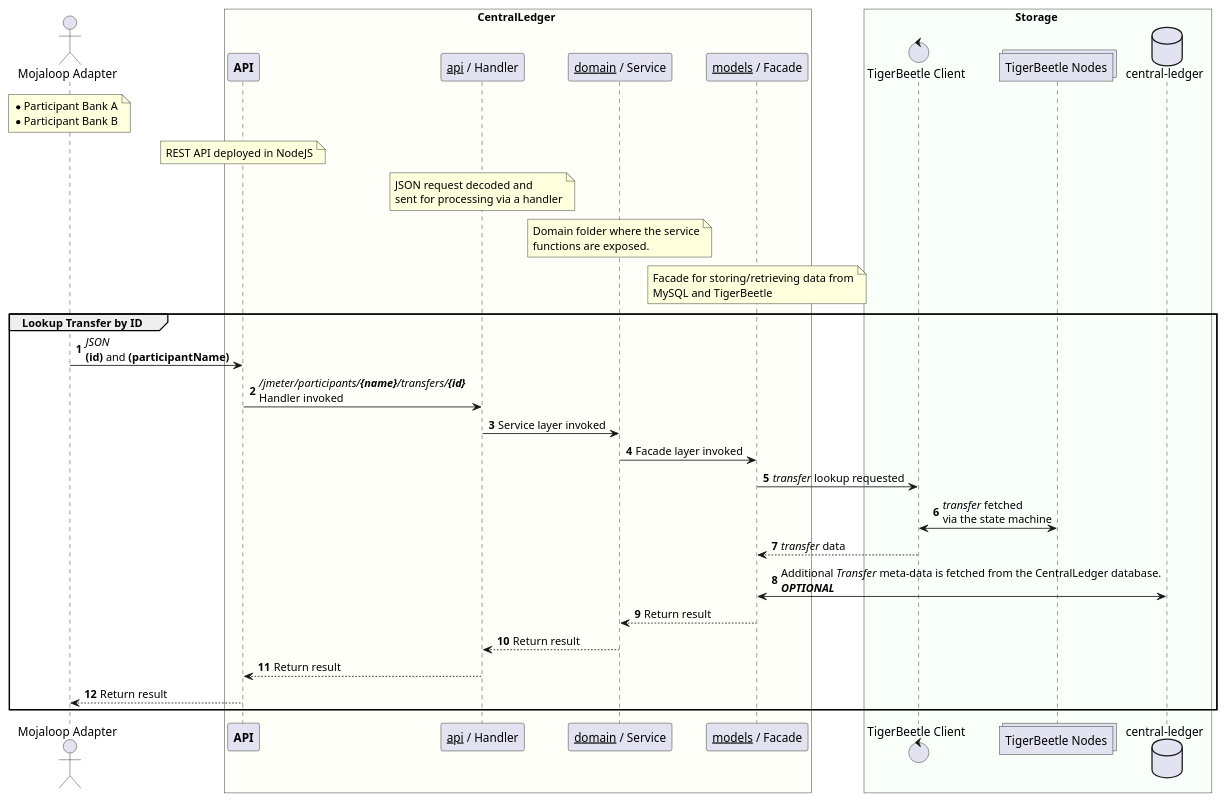
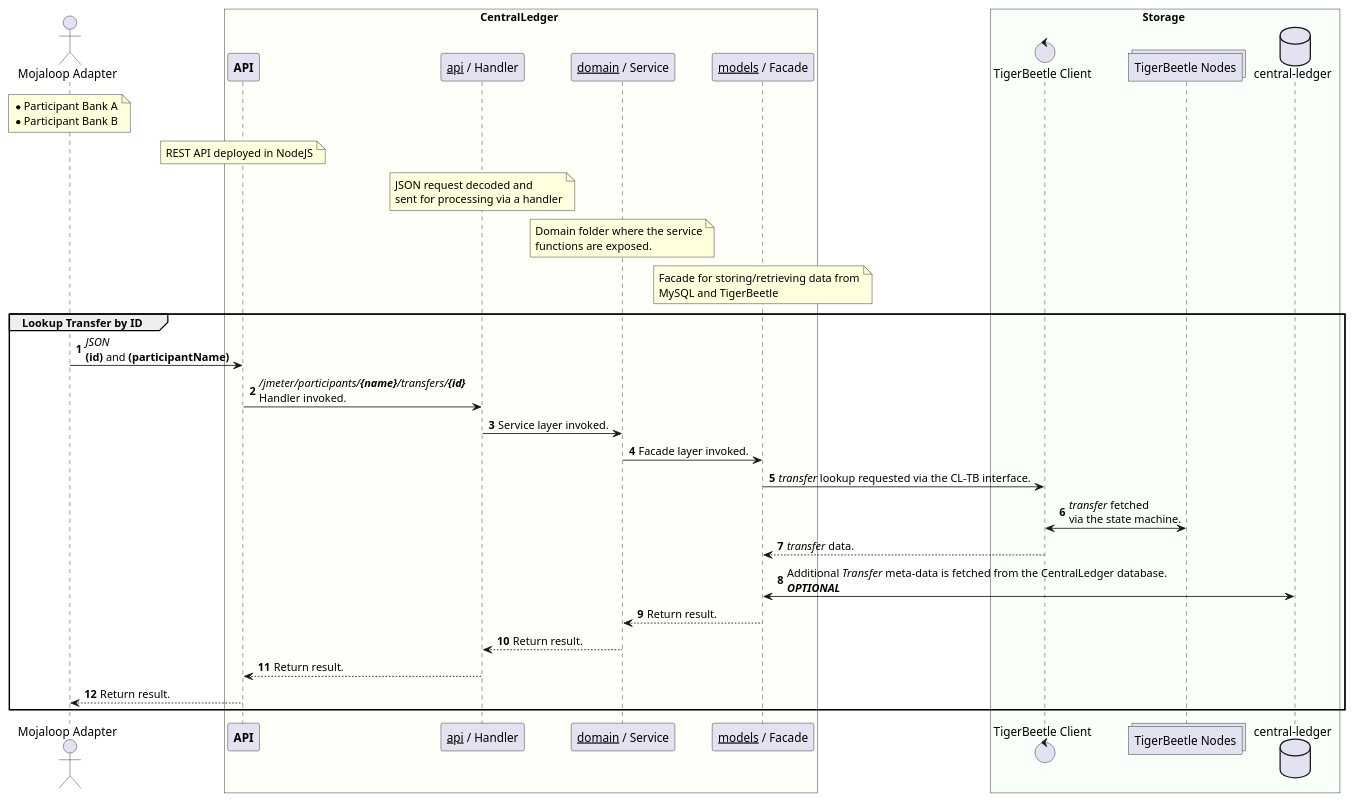
Before and after one commit to coilhq/mucoa: the diagram in solution_design/sequence-transfer-tb-enabled-lookup.puml, drawn with PlantUML. The commit also changed 6 other files, not shown here.

Commit message:
Update diagrams for TB/CL interface.

```diff
--- a/solution_design/sequence-transfer-tb-enabled-lookup.puml
+++ b/solution_design/sequence-transfer-tb-enabled-lookup.puml
@@ -1,57 +1,57 @@
 @startuml
 
 actor "Mojaloop Adapter" as dfsp
 note over dfsp
     * Participant Bank A
     * Participant Bank B
 end note
 
 box CentralLedger #FFFFF9
     participant "**API**" as cl_api
     participant "__api__ / Handler" as cl_handler
     participant "__domain__ / Service" as cl_domain
     participant "__models__ / Facade" as cl_facade
 
     note over cl_api
         REST API deployed in NodeJS
     end note
 
     note over cl_handler
         JSON request decoded and
         sent for processing via a handler
     end note
 
     note over cl_domain
         Domain folder where the service
         functions are exposed.
     end note
 
     note over cl_facade
         Facade for storing/retrieving data from
         MySQL and TigerBeetle
     end note
 end box
 
 box Storage #F9FFF9
 	control "TigerBeetle Client" as tb_client
 	collections "TigerBeetle Nodes" as tb_nodes
     database "central-ledger" as cl_db
 end box
 
 autonumber
 group Lookup Transfer by ID
     dfsp -> cl_api : //JSON// \n**(id)** and **(participantName)**
-    cl_api -> cl_handler : ///jmeter/participants/**{name}**/transfers/**{id}**// \nHandler invoked
-    cl_handler -> cl_domain : Service layer invoked
-    cl_domain -> cl_facade : Facade layer invoked
-    cl_facade -> tb_client : //transfer// lookup requested
-    tb_client <-> tb_nodes : //transfer// fetched\nvia the state machine
-    tb_client --> cl_facade : //transfer// data
+    cl_api -> cl_handler : ///jmeter/participants/**{name}**/transfers/**{id}**// \nHandler invoked.
+    cl_handler -> cl_domain : Service layer invoked.
+    cl_domain -> cl_facade : Facade layer invoked.
+    cl_facade -> tb_client : //transfer// lookup requested via the CL-TB interface.
+    tb_client <-> tb_nodes : //transfer// fetched\nvia the state machine.
+    tb_client --> cl_facade : //transfer// data.
     cl_facade <-> cl_db : Additional //Transfer// meta-data is fetched from the CentralLedger database.\n**//OPTIONAL//**
-    cl_facade --> cl_domain : Return result
-    cl_domain --> cl_handler : Return result
-    cl_handler --> cl_api : Return result
-    cl_api --> dfsp : Return result
+    cl_facade --> cl_domain : Return result.
+    cl_domain --> cl_handler : Return result.
+    cl_handler --> cl_api : Return result.
+    cl_api --> dfsp : Return result.
 end
 
 @enduml
```
